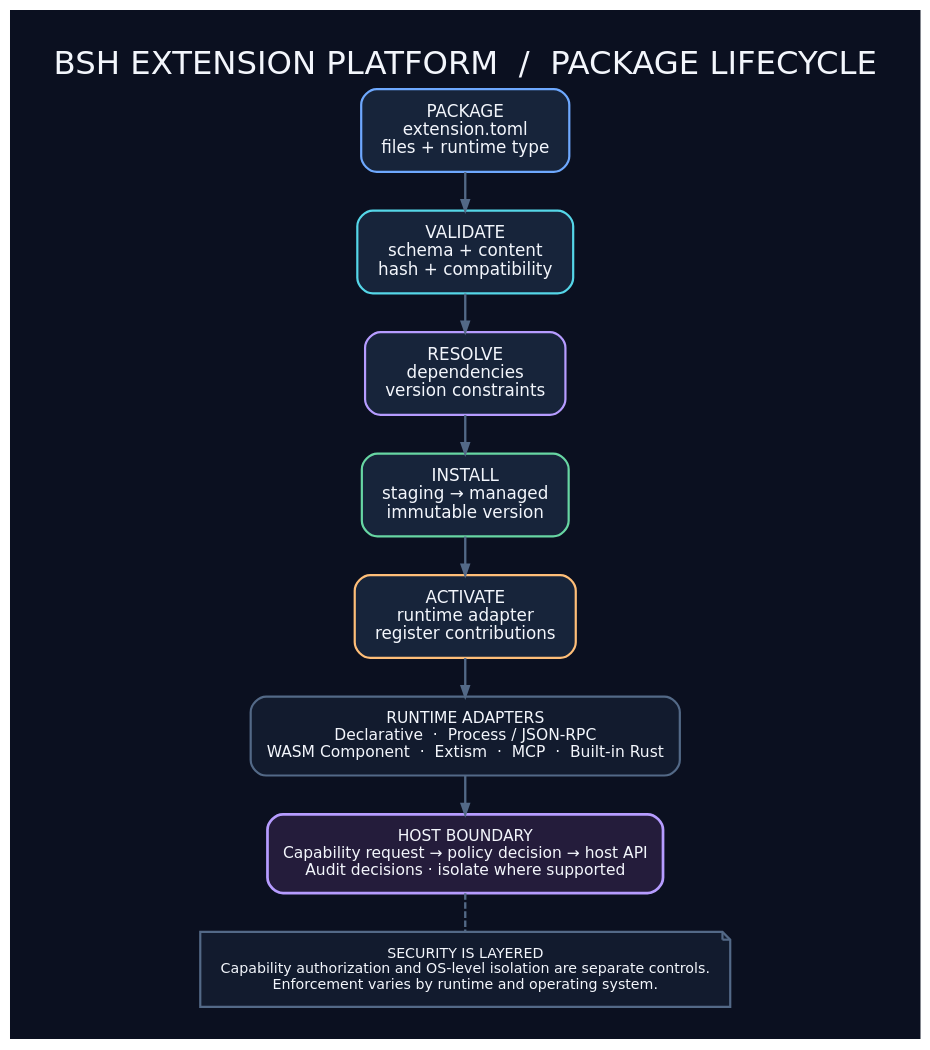
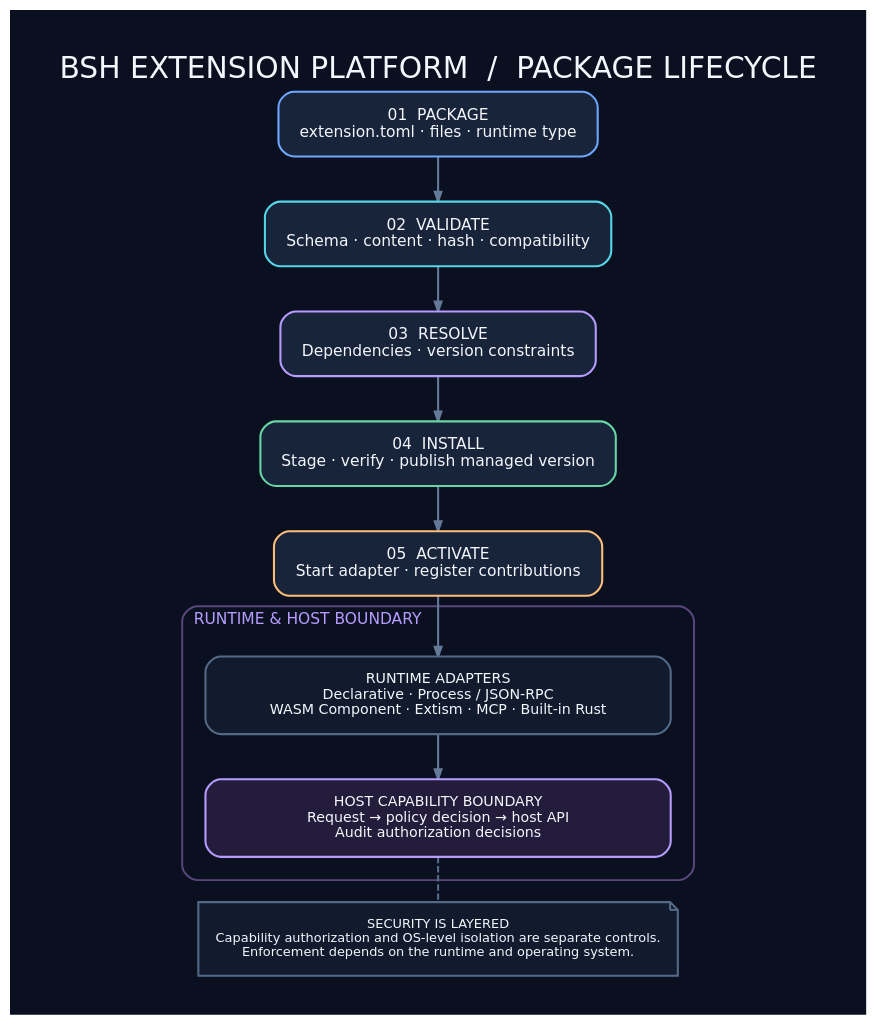
One commit to open1s/bos changed the diagram in docs/diagrams/extension-lifecycle.dot. Above: the diagram before and after it, drawn with Graphviz. The commit also changed 2 other files, not shown here.

Commit message:
docs: refine architecture diagram layouts (#81)
* docs: improve diagram hierarchy and layout

* docs: improve diagram hierarchy and layout

* docs: improve diagram hierarchy and layout

```diff
--- a/docs/diagrams/extension-lifecycle.dot
+++ b/docs/diagrams/extension-lifecycle.dot
@@ -1,16 +1,39 @@
 digraph ExtensionLifecycle {
-  graph [bgcolor="#0B1020", pad="0.35", rankdir=TB, nodesep="0.3", ranksep="0.42", splines=polyline, fontname="DejaVu Sans", label="BSH EXTENSION PLATFORM  /  PACKAGE LIFECYCLE", labelloc=t, fontsize=25, fontcolor="#F3F6FC"];
-  node [shape=box, style="rounded,filled", fontname="DejaVu Sans", fontsize=13, margin="0.2,0.15", color="#3B506F", fillcolor="#17243A", fontcolor="#F3F6FC", penwidth=1.7];
-  edge [color="#536987", penwidth=1.8, arrowsize=0.8];
-  package [label="PACKAGE\nextension.toml\nfiles + runtime type", color="#6EA8FE"];
-  validate [label="VALIDATE\nschema + content\nhash + compatibility", color="#55D6E8"];
-  resolve [label="RESOLVE\ndependencies\nversion constraints", color="#B69CFF"];
-  install [label="INSTALL\nstaging → managed\nimmutable version", color="#67D6A3"];
-  activate [label="ACTIVATE\nruntime adapter\nregister contributions", color="#FFBE78"];
+  graph [
+    bgcolor="#0B1020", pad="0.42", rankdir=TB,
+    nodesep="0.36", ranksep="0.48", splines=ortho,
+    newrank=true, outputorder=edgesfirst,
+    fontname="DejaVu Sans", label="BSH EXTENSION PLATFORM  /  PACKAGE LIFECYCLE",
+    labelloc=t, fontsize=23, fontcolor="#F3F6FC"
+  ];
+  node [
+    shape=box, style="rounded,filled", fontname="DejaVu Sans",
+    fontsize=12, margin="0.24,0.16", color="#3B506F",
+    fillcolor="#17243A", fontcolor="#F3F6FC", penwidth=1.6,
+    width=3.2
+  ];
+  edge [color="#647A99", penwidth=1.6, arrowsize=0.75];
+
+  package [label="01  PACKAGE\nextension.toml · files · runtime type", color="#6EA8FE"];
+  validate [label="02  VALIDATE\nSchema · content · hash · compatibility", color="#55D6E8"];
+  resolve [label="03  RESOLVE\nDependencies · version constraints", color="#B69CFF"];
+  install [label="04  INSTALL\nStage · verify · publish managed version", color="#67D6A3"];
+  activate [label="05  ACTIVATE\nStart adapter · register contributions", color="#FFBE78"];
   package -> validate -> resolve -> install -> activate;
-  runtimes [shape=box, label="RUNTIME ADAPTERS\nDeclarative  ·  Process / JSON-RPC\nWASM Component  ·  Extism  ·  MCP  ·  Built-in Rust", fillcolor="#121B2E", color="#536987", fontsize=12];
-  host [shape=box, label="HOST BOUNDARY\nCapability request → policy decision → host API\nAudit decisions · isolate where supported", fillcolor="#241C3B", color="#B69CFF", fontsize=12, penwidth=2.1];
-  activate -> runtimes -> host;
-  note [shape=note, label="SECURITY IS LAYERED\nCapability authorization and OS-level isolation are separate controls.\nEnforcement varies by runtime and operating system.", fillcolor="#121B2E", color="#536987", fontsize=11];
-  host -> note [style=dashed, arrowhead=none];
+
+  subgraph cluster_host {
+    label="RUNTIME & HOST BOUNDARY";
+    labelloc=t; labeljust=l; fontsize=12; fontcolor="#B69CFF";
+    color="#59477C"; style="rounded"; penwidth=1.5; margin=18;
+    adapters [label="RUNTIME ADAPTERS\nDeclarative · Process / JSON-RPC\nWASM Component · Extism · MCP · Built-in Rust", fillcolor="#121B2E", color="#536987", fontsize=11, width=5.0];
+    host [label="HOST CAPABILITY BOUNDARY\nRequest → policy decision → host API\nAudit authorization decisions", fillcolor="#241C3B", color="#B69CFF", fontsize=11, width=5.0];
+    adapters -> host;
+  }
+  activate -> adapters;
+
+  note [
+    shape=note, style="filled", label="SECURITY IS LAYERED\nCapability authorization and OS-level isolation are separate controls.\nEnforcement depends on the runtime and operating system.",
+    fillcolor="#121B2E", color="#536987", fontsize=10, width=5.0
+  ];
+  host -> note [style=dashed, arrowhead=none, color="#536987"];
 }
```
